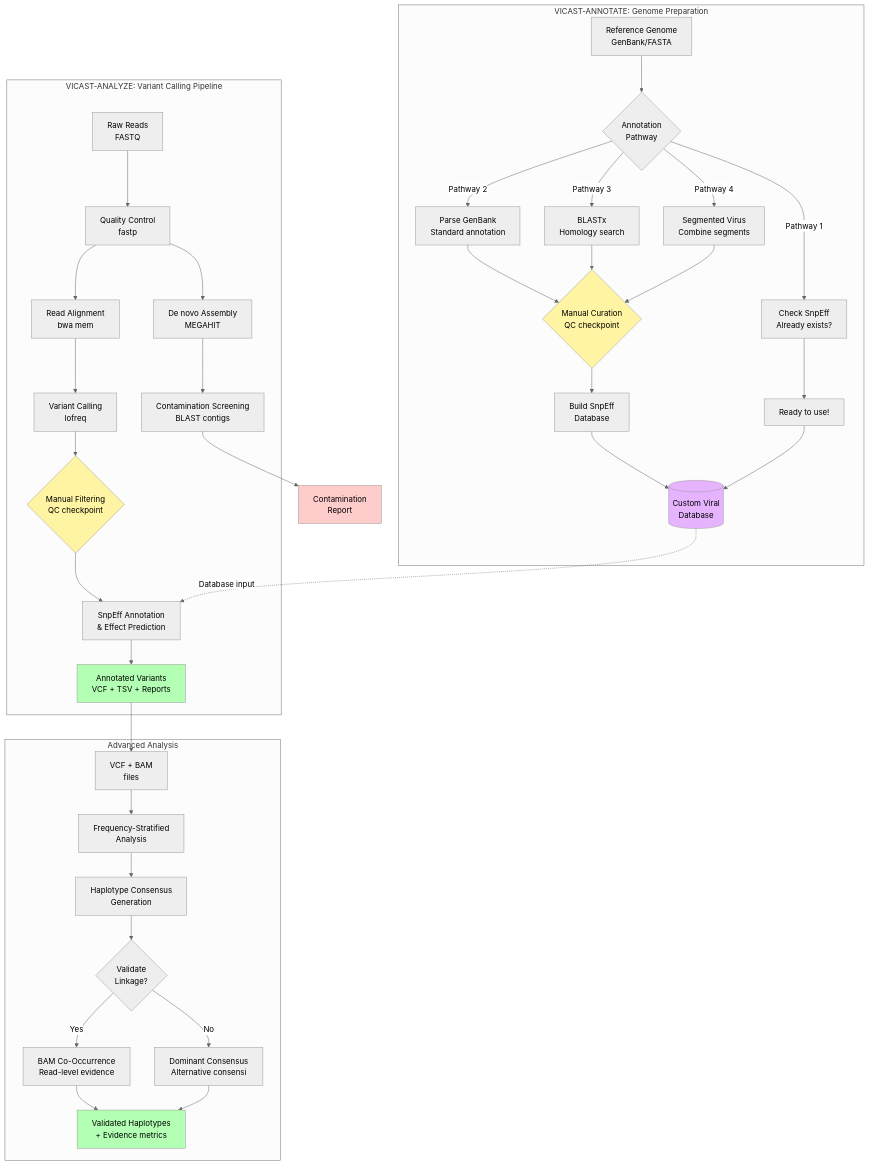
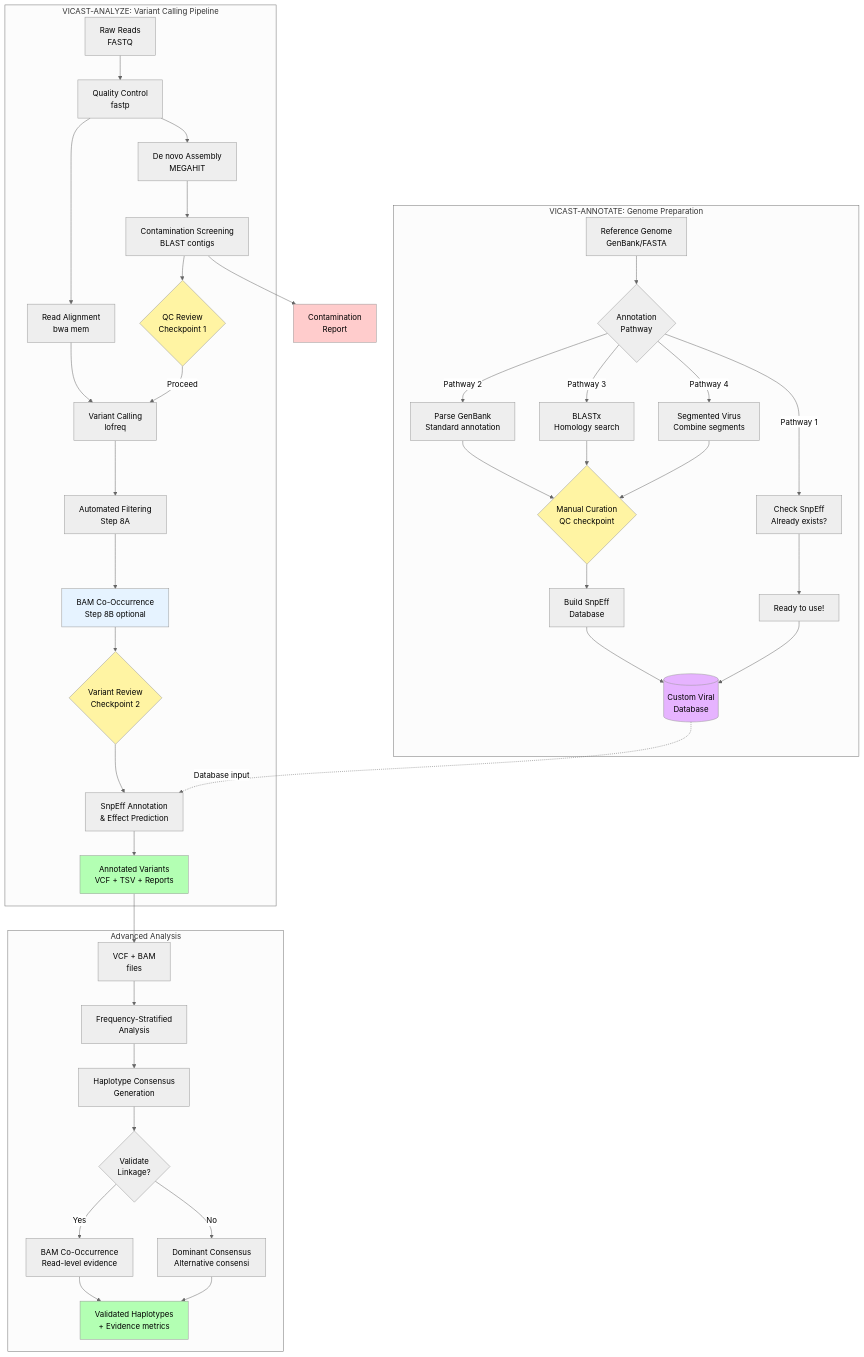
The diagram in docs/user_guides/README.md (mihinduk/VICAST), drawn with Mermaid (neutral theme) before and after one commit. The commit also changed other lines of this file and 1 other file, not shown here.

Commit message:
Update workflow diagram to include BAM co-occurrence as Step 8B
- Add Step 8B (BAM Co-Occurrence) to VICAST-ANALYZE workflow
- Position between automated filtering (8A) and SnpEff annotation (9)
- Add QC Review Checkpoint 1 after contamination screening
- Rename to 'Variant Review Checkpoint 2' (now with BAM evidence)
- Add light blue color for optional steps in legend
- Update main README feature list to include BAM validation
- Show clear manual decision points in pipeline flow

````diff
--- a/docs/user_guides/README.md
+++ b/docs/user_guides/README.md
@@ -16,50 +17,56 @@
 ```mermaid
 flowchart TB
     subgraph "VICAST-ANNOTATE: Genome Preparation"
         A1[Reference Genome<br/>GenBank/FASTA] --> A2{Annotation<br/>Pathway}
         A2 -->|Pathway 1| A3[Check SnpEff<br/>Already exists?]
         A2 -->|Pathway 2| A4[Parse GenBank<br/>Standard annotation]
         A2 -->|Pathway 3| A5[BLASTx<br/>Homology search]
         A2 -->|Pathway 4| A6[Segmented Virus<br/>Combine segments]
 
         A3 --> A7[Ready to use!]
         A4 --> A8{Manual Curation<br/>QC checkpoint}
         A5 --> A8
         A6 --> A8
         A8 --> A9[Build SnpEff<br/>Database]
         A9 --> A10[(Custom Viral<br/>Database)]
         A7 --> A10
     end
 
     subgraph "VICAST-ANALYZE: Variant Calling Pipeline"
         B1[Raw Reads<br/>FASTQ] --> B2[Quality Control<br/>fastp]
         B2 --> B3[Read Alignment<br/>bwa mem]
         B2 --> B4[De novo Assembly<br/>MEGAHIT]
         B4 --> B5[Contamination Screening<br/>BLAST contigs]
+        B5 --> B5a{QC Review<br/>Checkpoint 1}
         B3 --> B6[Variant Calling<br/>lofreq]
-        B6 --> B7{Manual Filtering<br/>QC checkpoint}
+        B5a -->|Proceed| B6
+        B6 --> B6a[Automated Filtering<br/>Step 8A]
+        B6a --> B6b[BAM Co-Occurrence<br/>Step 8B optional]
+        B6b --> B7{Variant Review<br/>Checkpoint 2}
         B7 --> B8[SnpEff Annotation<br/>& Effect Prediction]
         A10 -.Database input.-> B8
         B8 --> B9[Annotated Variants<br/>VCF + TSV + Reports]
     end
 
     subgraph "Advanced Analysis"
         C1[VCF + BAM<br/>files] --> C2[Frequency-Stratified<br/>Analysis]
         C2 --> C3[Haplotype Consensus<br/>Generation]
         C3 --> C4{Validate<br/>Linkage?}
         C4 -->|Yes| C5[BAM Co-Occurrence<br/>Read-level evidence]
         C4 -->|No| C6[Dominant Consensus<br/>Alternative consensi]
         C5 --> C7[Validated Haplotypes<br/>+ Evidence metrics]
         C6 --> C7
     end
 
     B9 --> C1
     B5 --> C8[Contamination<br/>Report]
 
     style A8 fill:#fff4a3
+    style B5a fill:#fff4a3
     style B7 fill:#fff4a3
+    style B6b fill:#e6f3ff
     style A10 fill:#e6b3ff
     style C8 fill:#ffcccc
     style C7 fill:#b3ffb3
     style B9 fill:#b3ffb3
 ```
````
